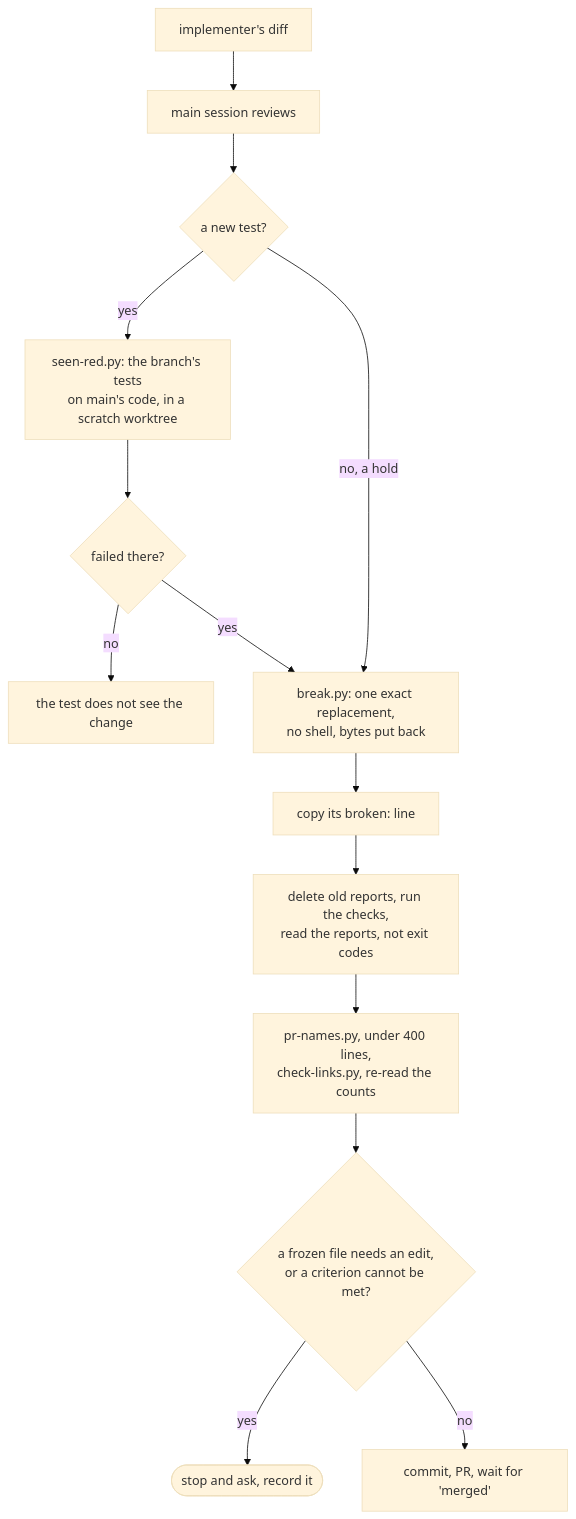
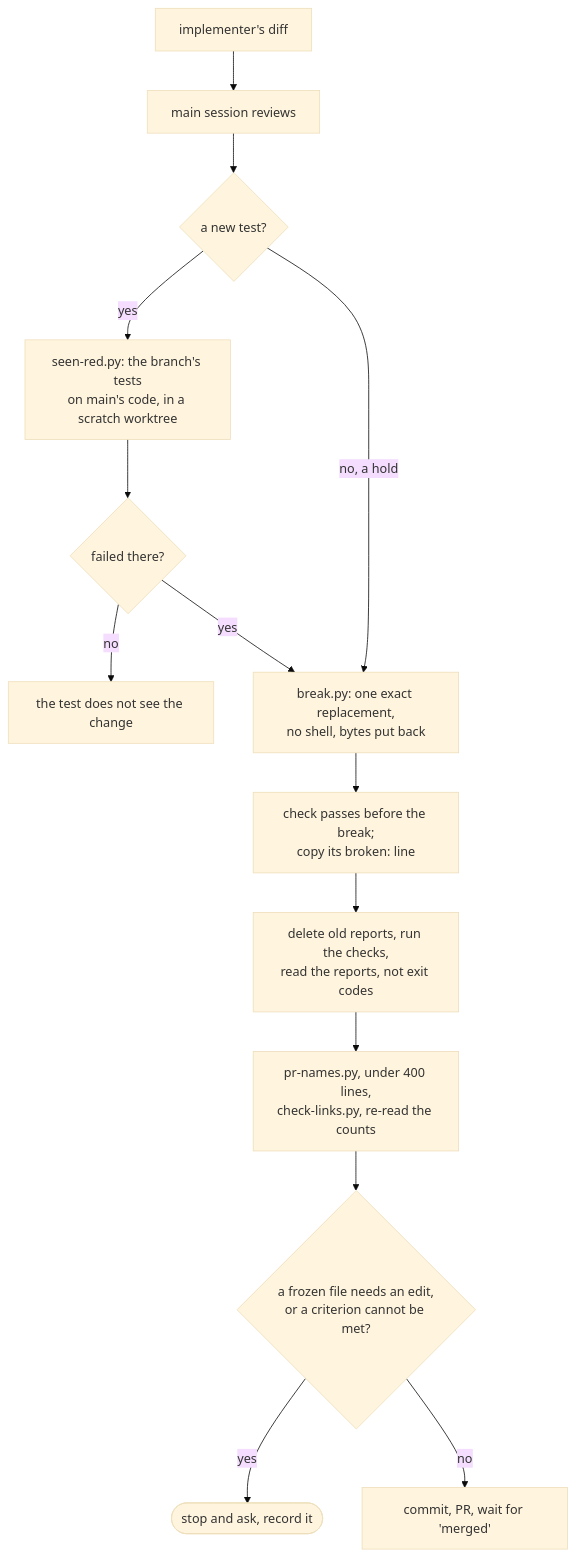
One commit to Yusuprozimemet/agentic-workflow-kit changed diagram 12 of 17 in docs/architecture.md. Above: the diagram before and after it, drawn with Mermaid (base theme). The commit also changed other lines of this file, not shown here.

Commit message:
docs: refresh architecture controls

````diff
--- a/docs/architecture.md
+++ b/docs/architecture.md
@@ -274,16 +275,16 @@
 ```mermaid
 flowchart TD
     A["implementer's diff"] --> B["main session reviews"]
     B --> C{"a new test?"}
     C -- yes --> D["seen-red.py: the branch's tests<br/>on main's code, in a scratch worktree"]
     D --> D1{"failed there?"}
     D1 -- no --> X["the test does not see the change"]
     D1 -- yes --> E
     C -- "no, a hold" --> E["break.py: one exact replacement,<br/>no shell, bytes put back"]
-    E --> F["copy its broken: line"]
+    E --> F["check passes before the break;<br/>copy its broken: line"]
     F --> G["delete old reports, run the checks,<br/>read the reports, not exit codes"]
     G --> H["pr-names.py, under 400 lines,<br/>check-links.py, re-read the counts"]
     H --> I{"a frozen file needs an edit,<br/>or a criterion cannot be met?"}
     I -- yes --> STOP(["stop and ask, record it"])
     I -- no --> J["commit, PR, wait for 'merged'"]
 ```
````
